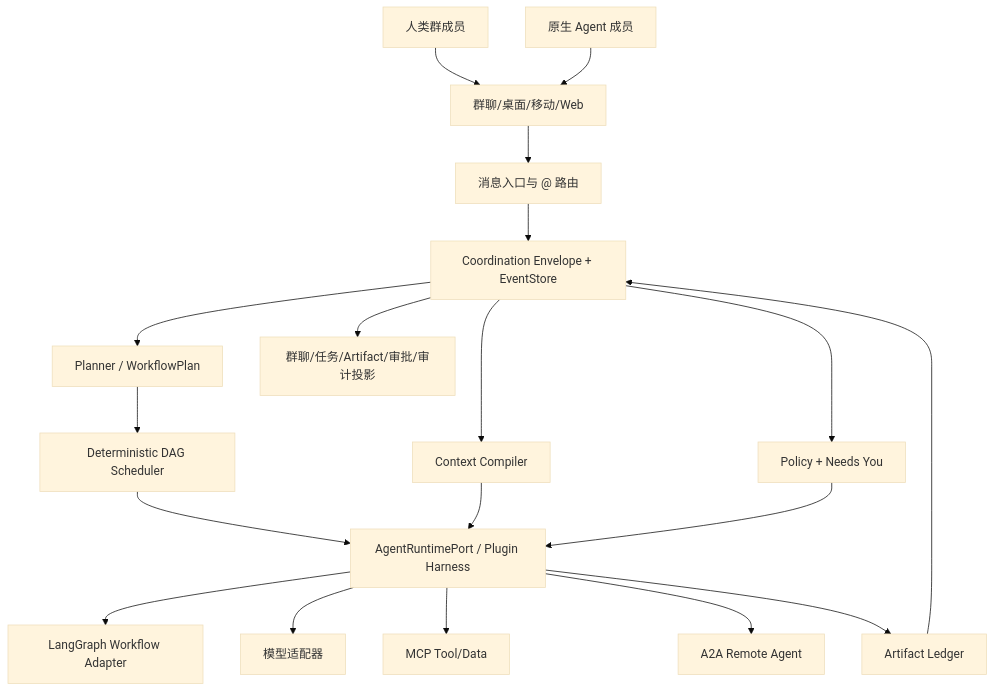
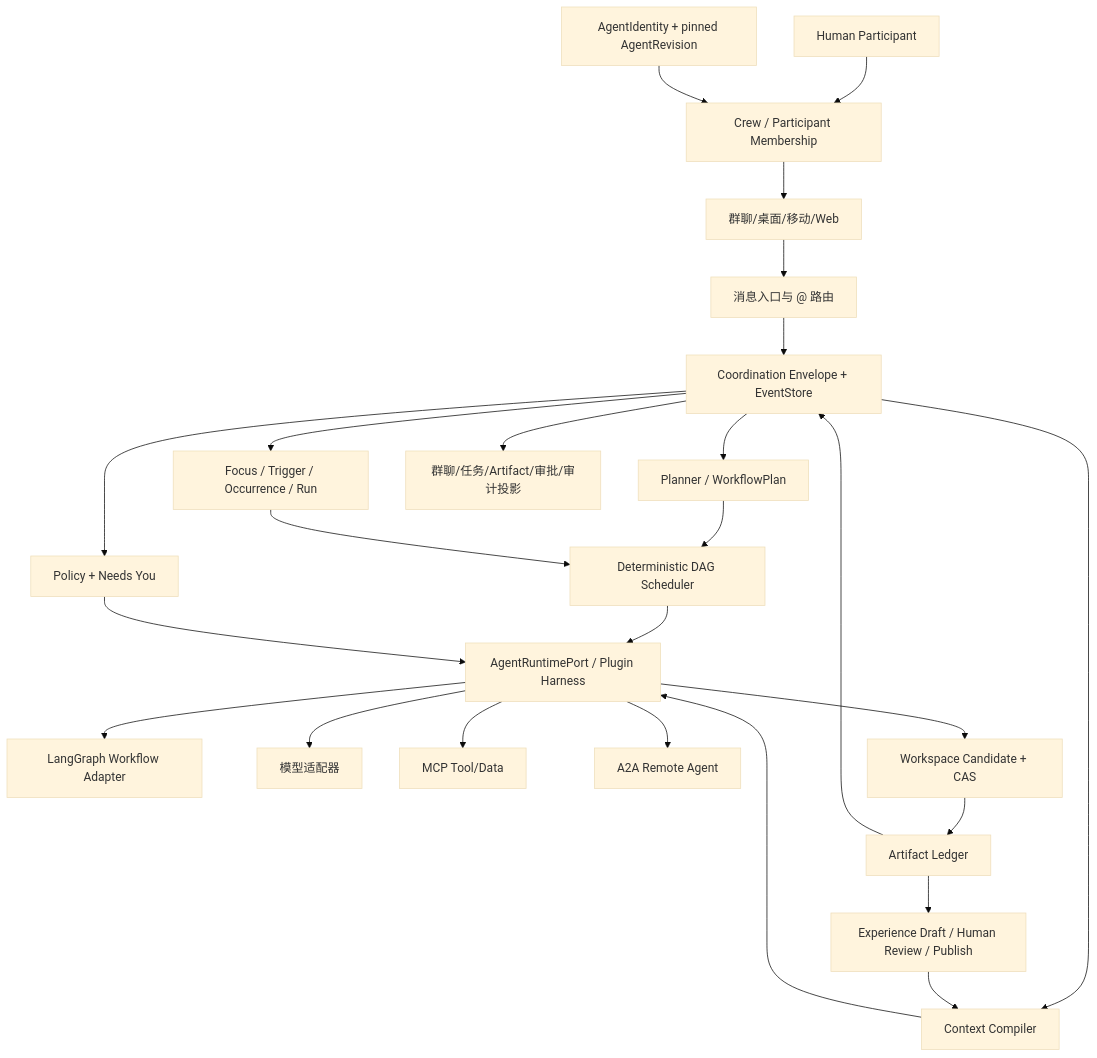
The diagram in analysis_report/multi_agent_collaboration_report.md (huapohen/quantum-entanglement), drawn with Mermaid (base theme) before and after one commit. The commit also changed other lines of this file, not shown here.

````diff
--- a/analysis_report/multi_agent_collaboration_report.md
+++ b/analysis_report/multi_agent_collaboration_report.md
@@ -246,21 +257,27 @@
 ```mermaid
 flowchart TB
-  U[人类群成员] --> IM[群聊/桌面/移动/Web]
-  A[原生 Agent 成员] --> IM
+  U[Human Participant] --> CR[Crew / Participant Membership]
+  A[AgentIdentity + pinned AgentRevision] --> CR
+  CR --> IM[群聊/桌面/移动/Web]
   IM --> IN[消息入口与 @ 路由]
   IN --> EV[Coordination Envelope + EventStore]
   EV --> PL[Planner / WorkflowPlan]
   EV --> CT[Context Compiler]
   EV --> PO[Policy + Needs You]
+  EV --> AW[Focus / Trigger / Occurrence / Run]
   PL --> DG[Deterministic DAG Scheduler]
+  AW --> DG
   DG --> RT[AgentRuntimePort / Plugin Harness]
   CT --> RT
   PO --> RT
   RT --> LG[LangGraph Workflow Adapter]
   RT --> LM[模型适配器]
   RT --> MCP[MCP Tool/Data]
   RT --> A2A[A2A Remote Agent]
-  RT --> AR[Artifact Ledger]
+  RT --> WC[Workspace Candidate + CAS]
+  WC --> AR[Artifact Ledger]
+  AR --> EX[Experience Draft / Human Review / Publish]
+  EX --> CT
   AR --> EV
   EV --> PR[群聊/任务/Artifact/审批/审计投影]
 ```
````
